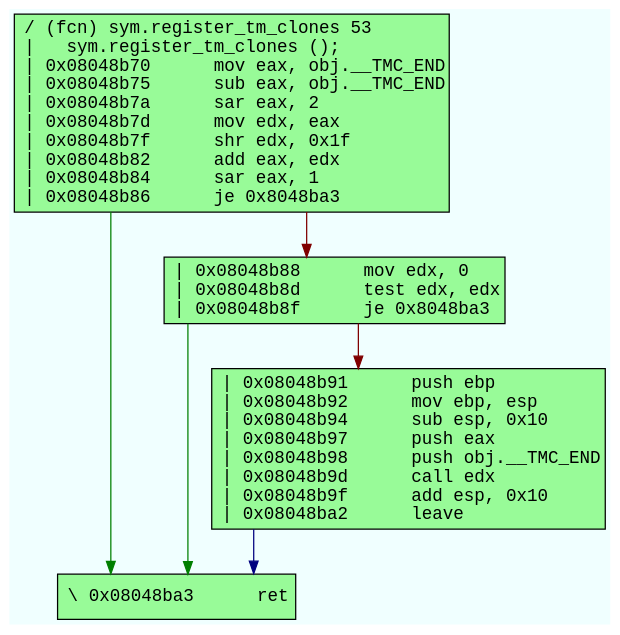
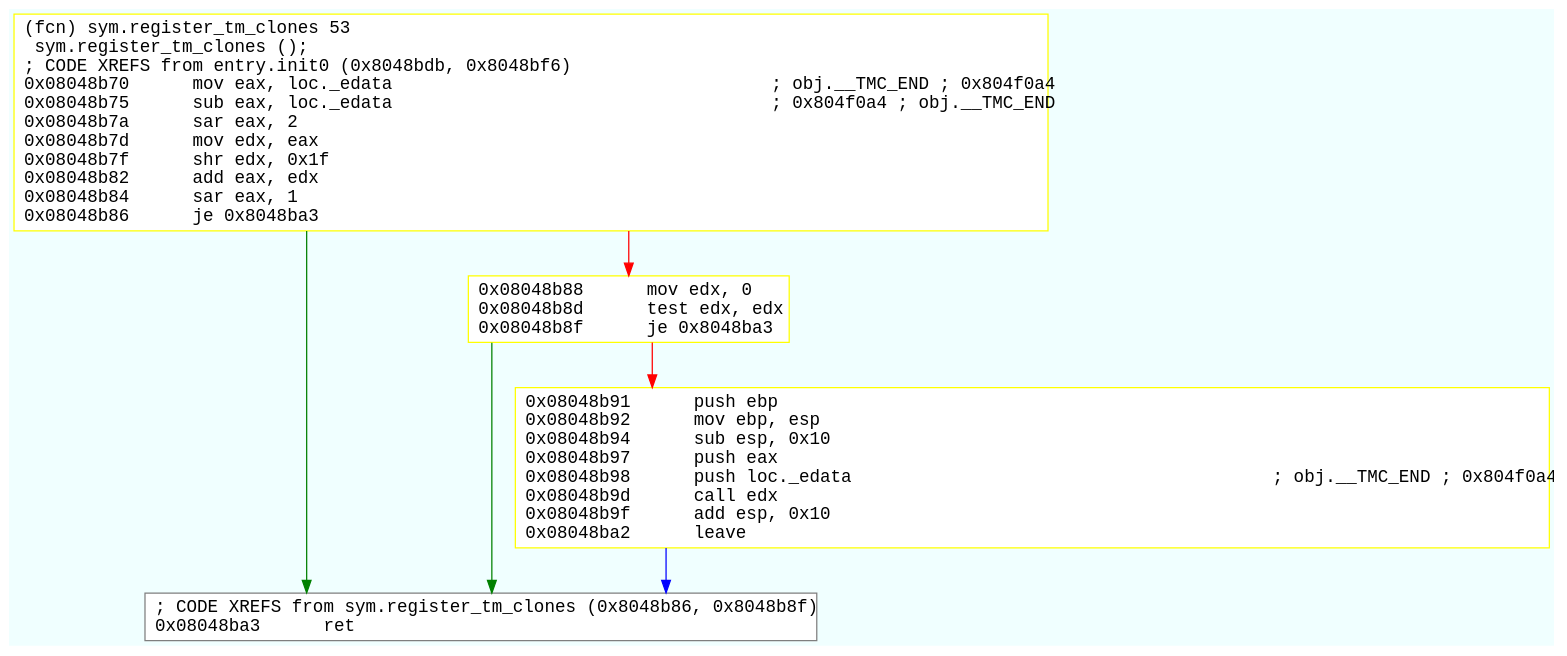
The diagram in dotfiles/sym.register_tm_clones.dot (ClonedOne/cov_host), drawn with Graphviz before and after one commit. The commit also changed 76 other files, not shown here.

```diff
--- a/dotfiles/sym.register_tm_clones.dot
+++ b/dotfiles/sym.register_tm_clones.dot
@@ -1,14 +1,14 @@
 digraph code {
 	graph [bgcolor=azure fontsize=8 fontname="Courier" splines="ortho"];
 	node [fillcolor=gray style=filled shape=box];
 	edge [arrowhead="normal"];
-	"0x08048b70" -> "0x08048ba3" [color="#007f00"];
-	"0x08048b70" -> "0x08048b88" [color="#7f0000"];
-	"0x08048b70" [URL="sym.register_tm_clones/0x08048b70", fillcolor="palegreen",color="black", fontname="Courier",label="/ (fcn) sym.register_tm_clones 53\l|   sym.register_tm_clones ();\l| 0x08048b70      mov eax, obj.__TMC_END\l| 0x08048b75      sub eax, obj.__TMC_END\l| 0x08048b7a      sar eax, 2\l| 0x08048b7d      mov edx, eax\l| 0x08048b7f      shr edx, 0x1f\l| 0x08048b82      add eax, edx\l| 0x08048b84      sar eax, 1\l| 0x08048b86      je 0x8048ba3\l"]
-	"0x08048b88" -> "0x08048ba3" [color="#007f00"];
-	"0x08048b88" -> "0x08048b91" [color="#7f0000"];
-	"0x08048b88" [URL="sym.register_tm_clones/0x08048b88", fillcolor="palegreen",color="black", fontname="Courier",label="| 0x08048b88      mov edx, 0\l| 0x08048b8d      test edx, edx\l| 0x08048b8f      je 0x8048ba3\l"]
-	"0x08048b91" -> "0x08048ba3" [color="#00007f"];
-	"0x08048b91" [URL="sym.register_tm_clones/0x08048b91", fillcolor="palegreen",color="black", fontname="Courier",label="| 0x08048b91      push ebp\l| 0x08048b92      mov ebp, esp\l| 0x08048b94      sub esp, 0x10\l| 0x08048b97      push eax\l| 0x08048b98      push obj.__TMC_END\l| 0x08048b9d      call edx\l| 0x08048b9f      add esp, 0x10\l| 0x08048ba2      leave\l"]
-	"0x08048ba3" [URL="sym.register_tm_clones/0x08048ba3", fillcolor="palegreen",color="black", fontname="Courier",label="\\ 0x08048ba3      ret\l"]
+	"0x08048b70" -> "0x08048ba3" [color="green"];
+	"0x08048b70" -> "0x08048b88" [color="red"];
+	"0x08048b70" [URL="sym.register_tm_clones/0x08048b70", fillcolor="white",color="yellow", fontname="Courier",label="(fcn) sym.register_tm_clones 53\l  sym.register_tm_clones ();\l; CODE XREFS from entry.init0 (0x8048bdb, 0x8048bf6)\l0x08048b70      mov eax, loc._edata                                    ; obj.__TMC_END ; 0x804f0a4\l0x08048b75      sub eax, loc._edata                                    ; 0x804f0a4 ; obj.__TMC_END\l0x08048b7a      sar eax, 2\l0x08048b7d      mov edx, eax\l0x08048b7f      shr edx, 0x1f\l0x08048b82      add eax, edx\l0x08048b84      sar eax, 1\l0x08048b86      je 0x8048ba3\l"]
+	"0x08048b88" -> "0x08048ba3" [color="green"];
+	"0x08048b88" -> "0x08048b91" [color="red"];
+	"0x08048b88" [URL="sym.register_tm_clones/0x08048b88", fillcolor="white",color="yellow", fontname="Courier",label="0x08048b88      mov edx, 0\l0x08048b8d      test edx, edx\l0x08048b8f      je 0x8048ba3\l"]
+	"0x08048b91" -> "0x08048ba3" [color="blue"];
+	"0x08048b91" [URL="sym.register_tm_clones/0x08048b91", fillcolor="white",color="yellow", fontname="Courier",label="0x08048b91      push ebp\l0x08048b92      mov ebp, esp\l0x08048b94      sub esp, 0x10\l0x08048b97      push eax\l0x08048b98      push loc._edata                                        ; obj.__TMC_END ; 0x804f0a4\l0x08048b9d      call edx\l0x08048b9f      add esp, 0x10\l0x08048ba2      leave\l"]
+	"0x08048ba3" [URL="sym.register_tm_clones/0x08048ba3", fillcolor="white",color="#7f7f7f", fontname="Courier",label="; CODE XREFS from sym.register_tm_clones (0x8048b86, 0x8048b8f)\l0x08048ba3      ret\l"]
 }
```
